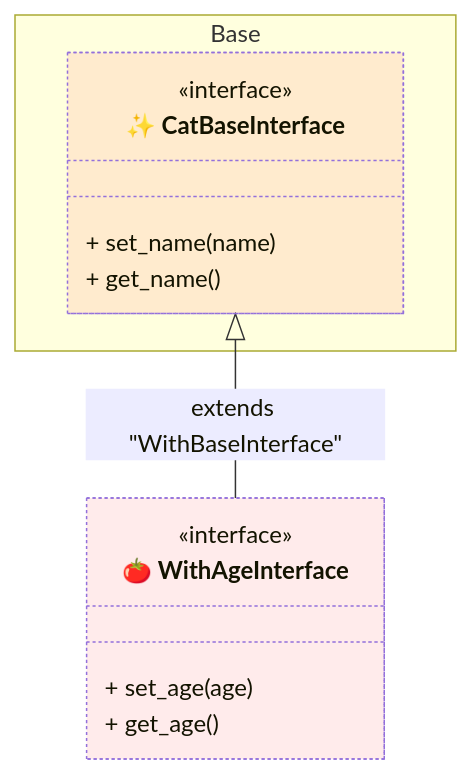
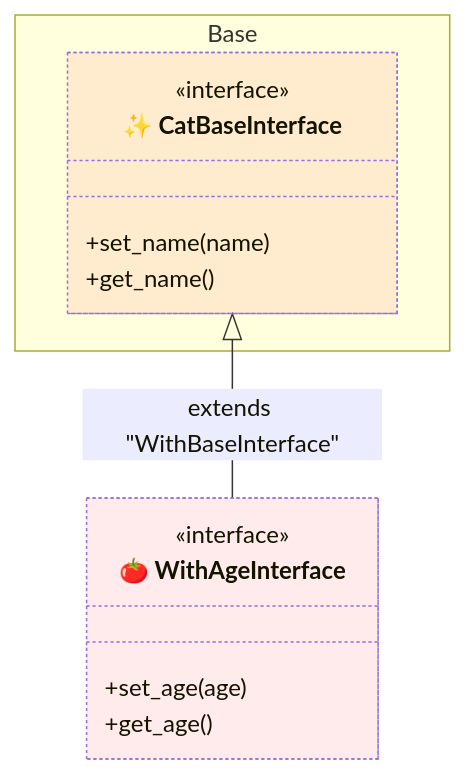
One commit to thecodecrate/python-pipeline changed the sixth of 12 diagrams in tests/spec-001--class-composition-with-partial-classes.md. Above: the diagram before and after it, drawn with Mermaid. The commit also changed other lines of this file, not shown here.

````diff
--- a/tests/spec-001--class-composition-with-partial-classes.md
+++ b/tests/spec-001--class-composition-with-partial-classes.md
@@ -279,28 +298,32 @@
 ```mermaid
 classDiagram
     namespace Base {
         class Interface1["✨ CatBaseInterface"] {
             <<interface>>
-            + set_name(name)
-            + get_name()
+            +set_name(name)
+            +get_name()
         }
     }
 
     class Interface2["🍅 WithAgeInterface"] {
         <<interface>>
-        + set_age(age)
-        + get_age()
+        +set_age(age)
+        +get_age()
     }
 
     %% Relationships
     Interface1 <|-- Interface2 : extends "WithBaseInterface"
 
     %% Apply Styles
-    style Base fill:#ffff6020, stroke-dasharray: 5 5
-    style Composed bugfix:#111, stroke-width:2px, font-weight: bold
-    style Partial1 bugfix:#111, stroke-dasharray: 5 5
-    style Partial2 bugfix:#111, stroke-dasharray: 5 5
-    style Partial3 bugfix:#111, stroke-dasharray: 5 5
+    style Base_ fill:#ffff6020, stroke-dasharray: 5 5
+    style Composed_ bugfix:#111, stroke-width:2px, font-weight: bold
+    style External1 bugfix:#111, stroke-width:2px, font-weight: bold
+    style Partial1_ fill:#60ff6020, stroke-dasharray: 5 5
+    style Partial2_ fill:#60ff6020, stroke-dasharray: 5 5
+    style Partial3_ fill:#60ff6020, stroke-dasharray: 5 5
+    style Partial4_ fill:#60ff6020, stroke-dasharray: 5 5
     style Interface1 fill:#ff606020, stroke-dasharray: 2 2
     style Interface2 fill:#ff606020, stroke-dasharray: 2 2
+    style Interface3 fill:#ff606020, stroke-dasharray: 2 2
+    style Interface4 fill:#ff606020, stroke-dasharray: 2 2
 ```
````
